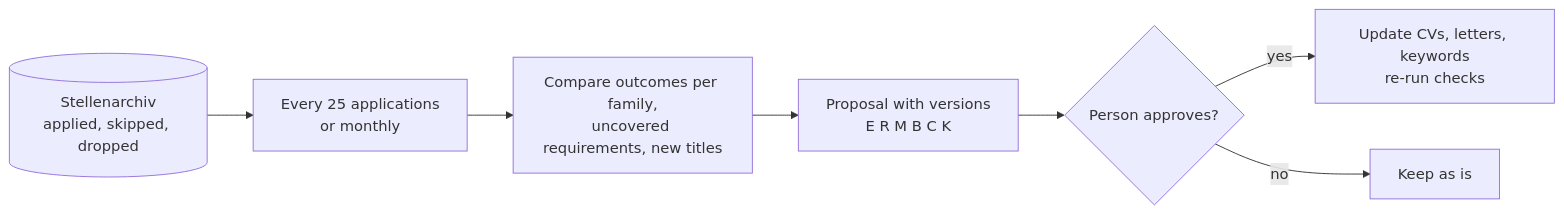
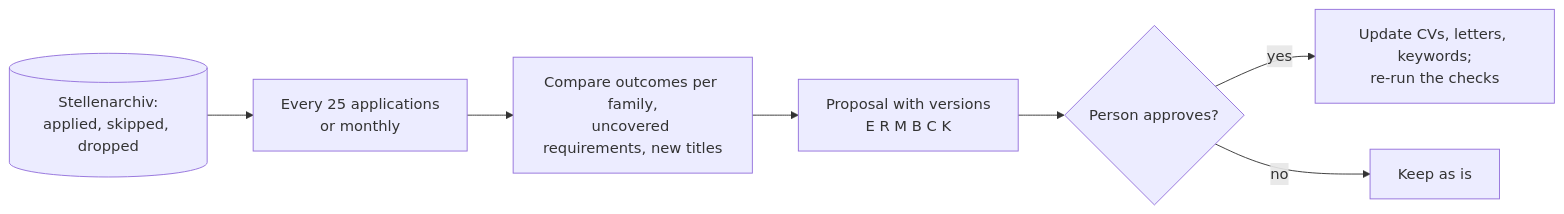
The third of 3 diagrams in docs/FLOWCHART.md (FarzadZandi/automatische_Job_Bewerbung), drawn with Mermaid before and after one commit. The commit also changed other lines of this file and 1 other file, not shown here.

First line of the commit message:
README: replication and job application flowcharts; flowchart page in step

````diff
--- a/docs/FLOWCHART.md
+++ b/docs/FLOWCHART.md
@@ -60,9 +119,9 @@
 ```mermaid
 flowchart LR
-    A[(Stellenarchiv<br/>applied, skipped, dropped)] --> B[Every 25 applications<br/>or monthly]
-    B --> C[Compare outcomes per family,<br/>uncovered requirements, new titles]
-    C --> D[Proposal with versions<br/>E R M B C K]
-    D --> E{Person approves?}
-    E -- yes --> F[Update CVs, letters, keywords<br/>re-run checks]
-    E -- no --> G[Keep as is]
+    A[("Stellenarchiv:<br/>applied, skipped, dropped")] --> B["Every 25 applications<br/>or monthly"]
+    B --> C["Compare outcomes per family,<br/>uncovered requirements, new titles"]
+    C --> D["Proposal with versions<br/>E R M B C K"]
+    D --> E{"Person approves?"}
+    E -- "yes" --> F["Update CVs, letters, keywords;<br/>re-run the checks"]
+    E -- "no" --> G["Keep as is"]
 ```
````
